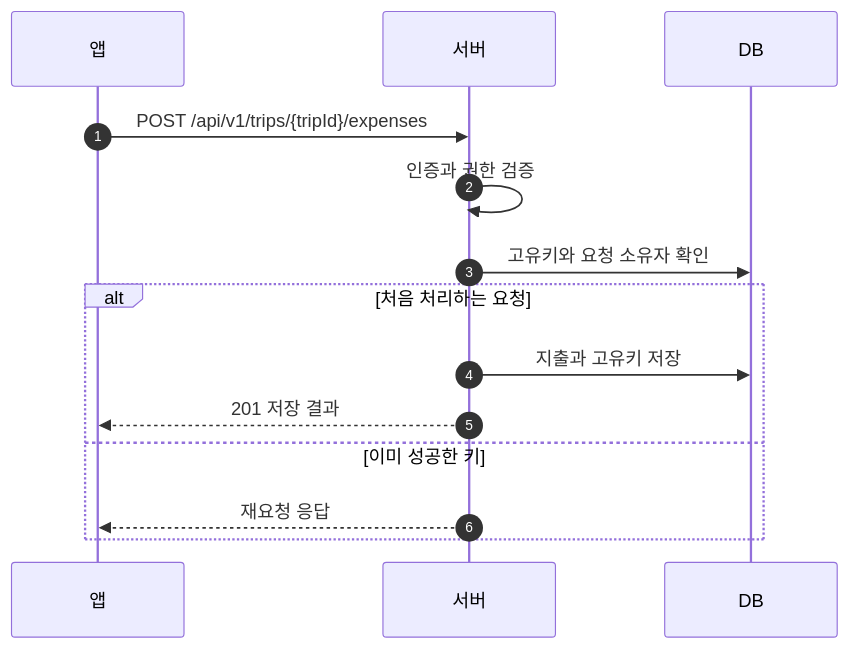
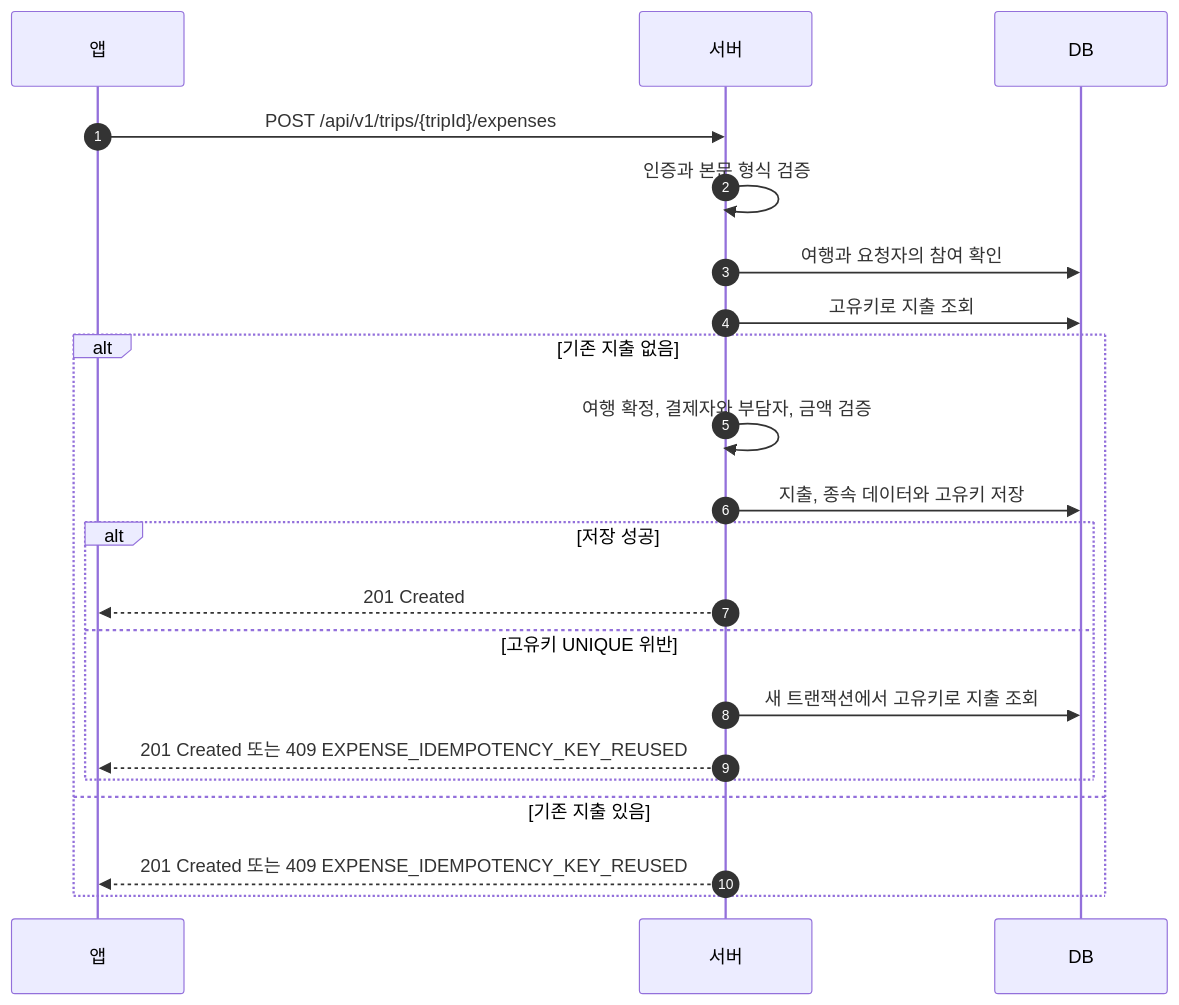
The second of 4 diagrams in design/expense.md (JECT-Study/Billit-5th-Docs), drawn with Mermaid before and after one commit. The commit also changed other lines of this file and 3 other files, not shown here.

````diff
--- a/design/expense.md
+++ b/design/expense.md
@@ -148,17 +171,24 @@
 ```mermaid
 sequenceDiagram
     autonumber
     participant App as 앱
     participant Server as 서버
     participant DB as DB
 
     App->>Server: POST /api/v1/trips/{tripId}/expenses
-    Server->>Server: 인증과 권한 검증
-    Server->>DB: 고유키와 요청 소유자 확인
-    alt 처음 처리하는 요청
-        Server->>DB: 지출과 고유키 저장
-        Server-->>App: 201 저장 결과
-    else 이미 성공한 키
-        Server-->>App: 재요청 응답
+    Server->>Server: 인증과 본문 형식 검증
+    Server->>DB: 여행과 요청자의 참여 확인
+    Server->>DB: 고유키로 지출 조회
+    alt 기존 지출 없음
+        Server->>Server: 여행 확정, 결제자와 부담자, 금액 검증
+        Server->>DB: 지출, 종속 데이터와 고유키 저장
+        alt 저장 성공
+            Server-->>App: 201 Created
+        else 고유키 UNIQUE 위반
+            Server->>DB: 새 트랜잭션에서 고유키로 지출 조회
+            Server-->>App: 201 Created 또는 409 EXPENSE_IDEMPOTENCY_KEY_REUSED
+        end
+    else 기존 지출 있음
+        Server-->>App: 201 Created 또는 409 EXPENSE_IDEMPOTENCY_KEY_REUSED
     end
 ```
````
